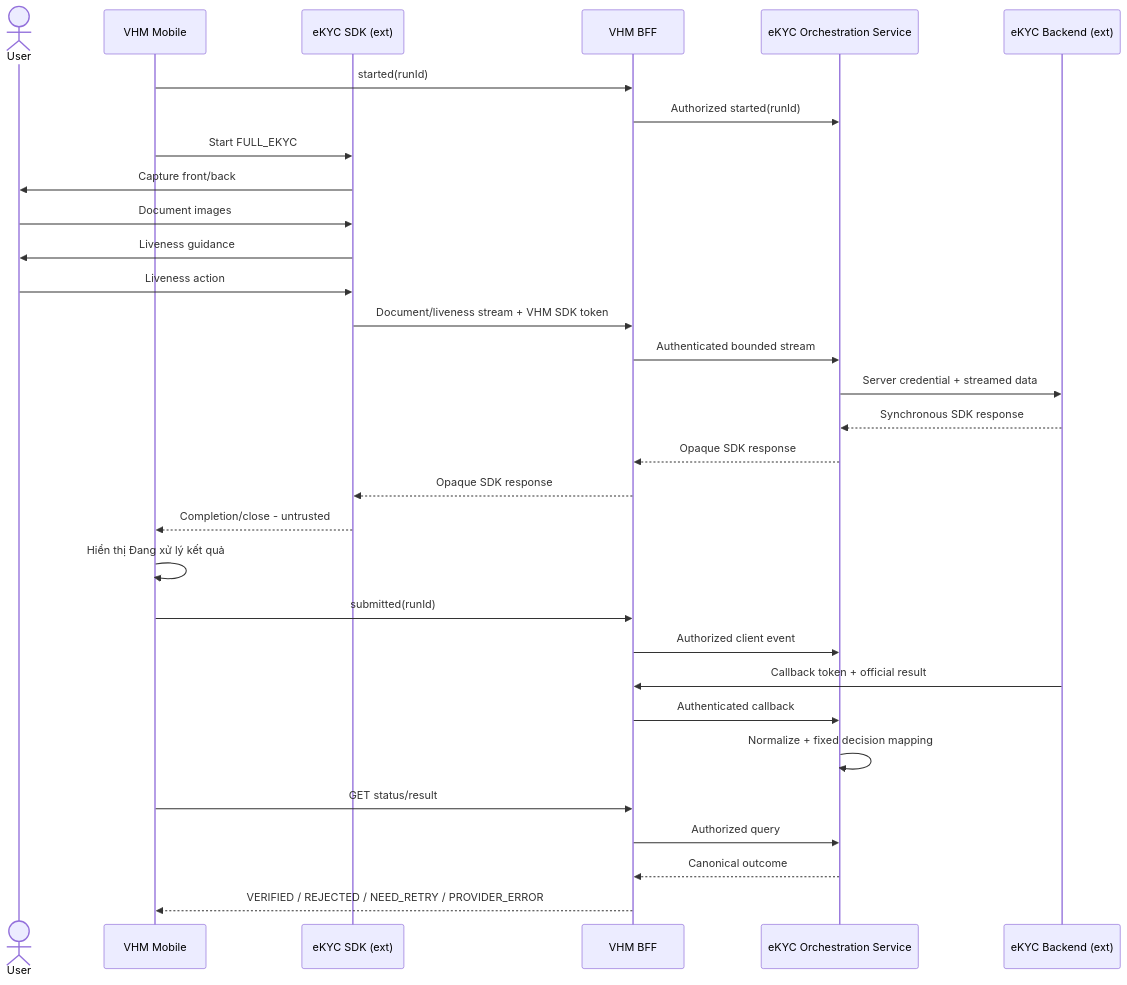
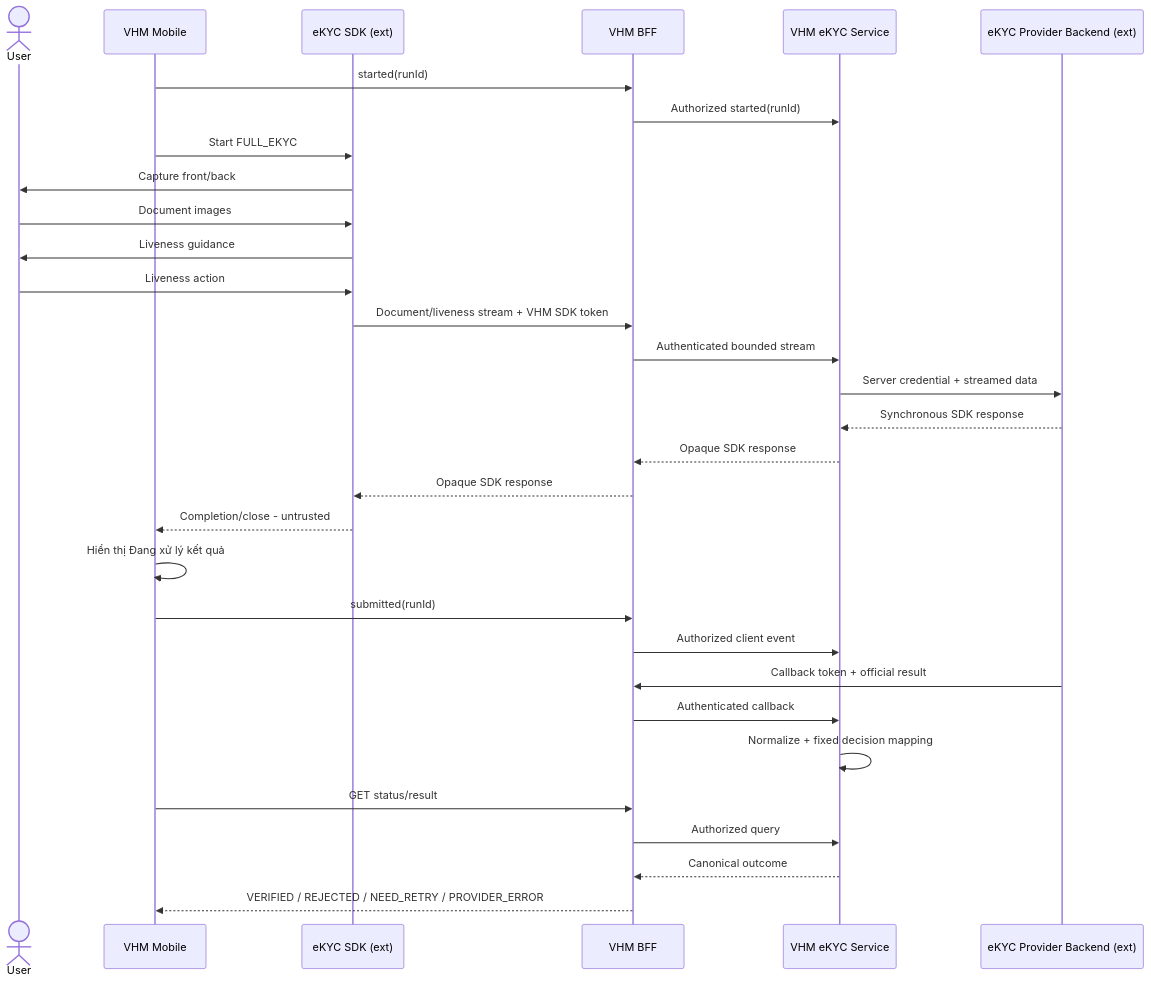
One commit to huynv-xyz/vhm changed diagram 11 of 16 in README.md. Above: the diagram before and after it, drawn with Mermaid. The commit also changed other lines of this file, not shown here.

````diff
--- a/README.md
+++ b/README.md
@@ -1137,33 +1131,33 @@
 ```mermaid
 sequenceDiagram
     actor User
     participant APP as VHM Mobile
     participant SDK as eKYC SDK (ext)
     participant BFF as VHM BFF
-    participant Orchestrator as eKYC Orchestration Service
-    participant BACKEND as eKYC Backend (ext)
+    participant EKYC_SERVICE as VHM eKYC Service
+    participant BACKEND as eKYC Provider Backend (ext)
     APP->>BFF: started(runId)
-    BFF->>Orchestrator: Authorized started(runId)
+    BFF->>EKYC_SERVICE: Authorized started(runId)
     APP->>SDK: Start FULL_EKYC
     SDK->>User: Capture front/back
     User->>SDK: Document images
     SDK->>User: Liveness guidance
     User->>SDK: Liveness action
     SDK->>BFF: Document/liveness stream + VHM SDK token
-    BFF->>Orchestrator: Authenticated bounded stream
-    Orchestrator->>BACKEND: Server credential + streamed data
-    BACKEND-->>Orchestrator: Synchronous SDK response
-    Orchestrator-->>BFF: Opaque SDK response
+    BFF->>EKYC_SERVICE: Authenticated bounded stream
+    EKYC_SERVICE->>BACKEND: Server credential + streamed data
+    BACKEND-->>EKYC_SERVICE: Synchronous SDK response
+    EKYC_SERVICE-->>BFF: Opaque SDK response
     BFF-->>SDK: Opaque SDK response
     SDK-->>APP: Completion/close - untrusted
     APP->>APP: Hiển thị Đang xử lý kết quả
     APP->>BFF: submitted(runId)
-    BFF->>Orchestrator: Authorized client event
+    BFF->>EKYC_SERVICE: Authorized client event
     BACKEND->>BFF: Callback token + official result
-    BFF->>Orchestrator: Authenticated callback
-    Orchestrator->>Orchestrator: Normalize + fixed decision mapping
+    BFF->>EKYC_SERVICE: Authenticated callback
+    EKYC_SERVICE->>EKYC_SERVICE: Normalize + fixed decision mapping
     APP->>BFF: GET status/result
-    BFF->>Orchestrator: Authorized query
-    Orchestrator-->>BFF: Canonical outcome
+    BFF->>EKYC_SERVICE: Authorized query
+    EKYC_SERVICE-->>BFF: Canonical outcome
     BFF-->>APP: VERIFIED / REJECTED / NEED_RETRY / PROVIDER_ERROR
 ```
````
